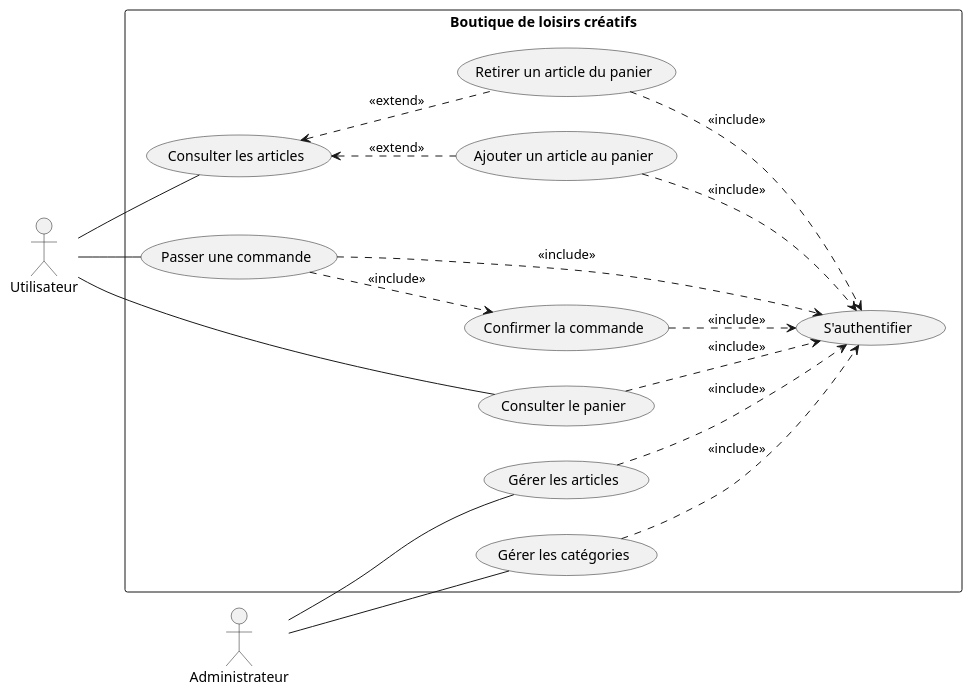
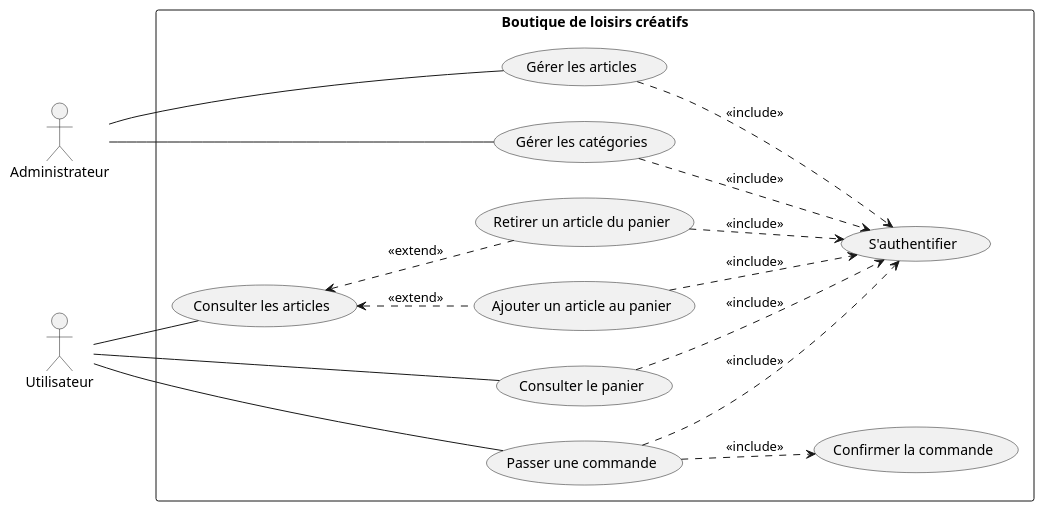
The diagram in conception/useCase.puml (PinsolleP/Dev-Web-Boutique-en-ligne), drawn with PlantUML before and after one commit.

Commit message:
merge main

```diff
--- a/conception/useCase.puml
+++ b/conception/useCase.puml
@@ -1,40 +1,41 @@
 @startuml
 left to right direction
 
 actor "Utilisateur" as U
 actor "Administrateur" as A
+
 
 rectangle "Boutique de loisirs créatifs" {
     usecase "Consulter les articles" as UC1
     usecase "Consulter le panier" as UC2
     usecase "Ajouter un article au panier" as UC3
     usecase "Retirer un article du panier" as UC4
     usecase "Passer une commande" as UC5
     usecase "Confirmer la commande" as UC6
 
     usecase "Gérer les articles" as UC7
     usecase "Gérer les catégories" as UC8
     usecase "S'authentifier" as UC9
 
 }
 U -- UC5
 U -- UC1
 U -- UC2
 
 A -- UC7
 A -- UC8
 
 UC1 <.. UC3 : <<extend>>
 UC1 <.. UC4 : <<extend>>
 UC5 ..> UC6 : <<include>>
 
 UC2 ..> UC9 : <<include>>
 UC3 ..> UC9 : <<include>>
 UC4 ..> UC9 : <<include>>
 UC5 ..> UC9 : <<include>>
-UC6 ..> UC9 : <<include>>
 UC7 ..> UC9 : <<include>>
 UC8 ..> UC9 : <<include>>
 
+A -[hidden]right- U
 
 @enduml
```
